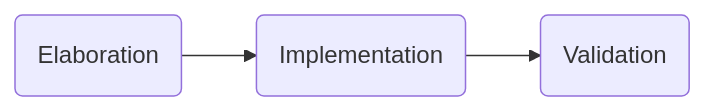
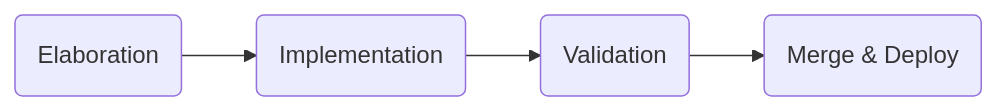
Before and after one commit to ukhsa-collaboration/standards-api: the fourth of 4 diagrams in docs/dev-standards/sdlc.md, drawn with Mermaid. The commit also changed other lines of this file and 1 other file, not shown here.

````diff
--- a/docs/dev-standards/sdlc.md
+++ b/docs/dev-standards/sdlc.md
@@ -95,4 +135,8 @@
 ``` mermaid
 flowchart LR
-    a(Elaboration) --> i(Implementation) --> v(Validation)
+    e(Elaboration) --> i(Implementation) --> v(Validation) --> m(Merge & Deploy)
+    click e "#elaboration"
+    click i "#implementation"
+    click v "#validation"
+    click m "#merge-deploy"
 ```
````
